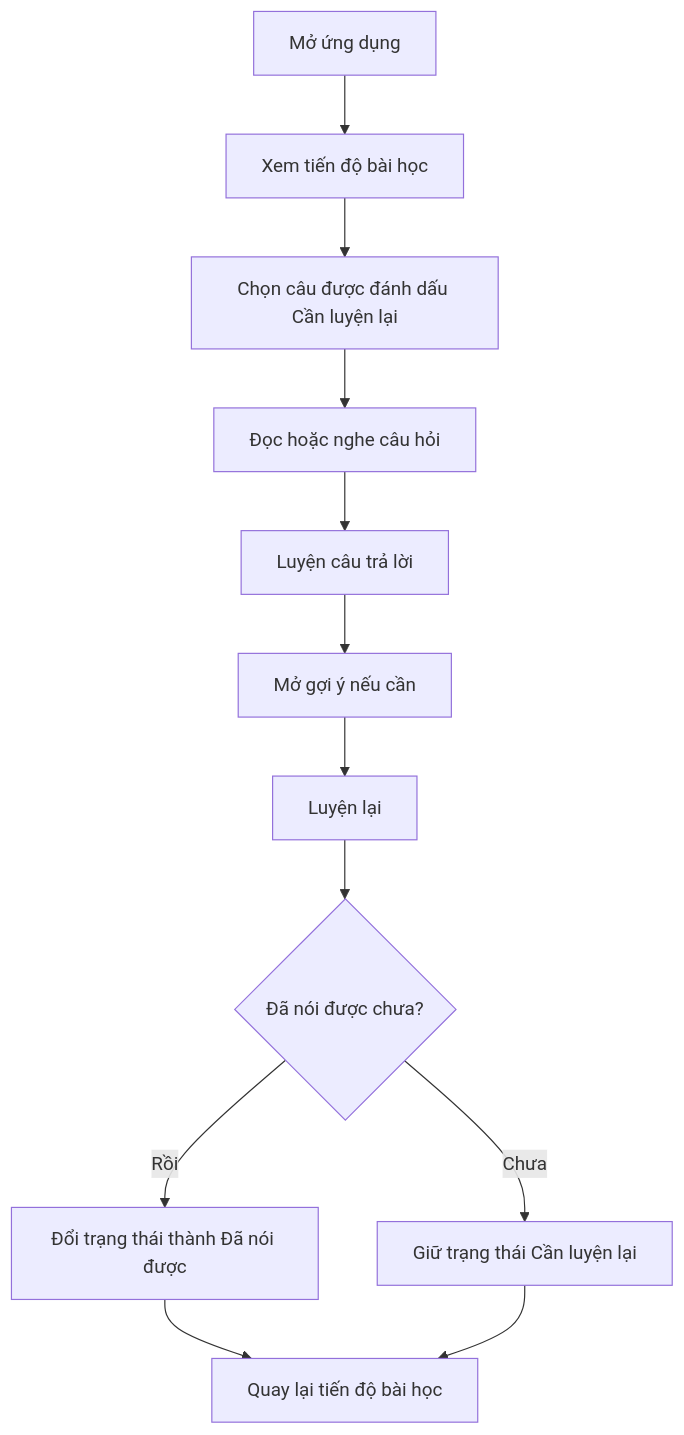
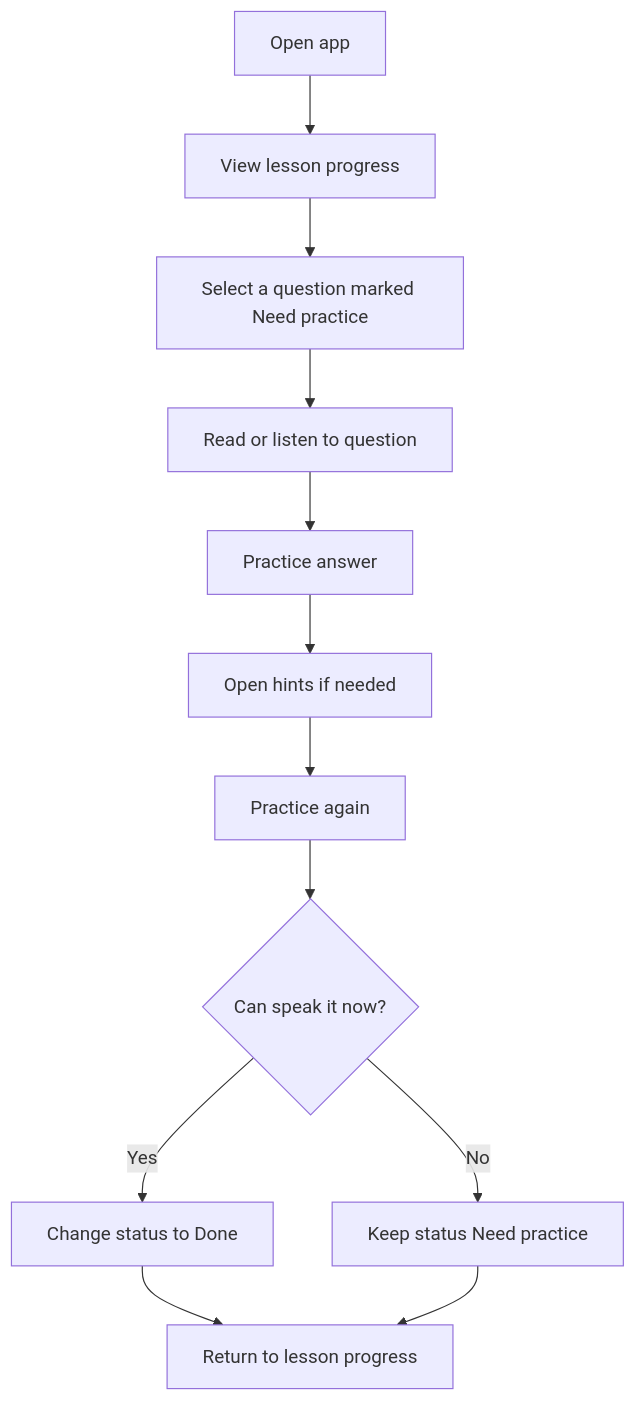
Before and after one commit to mobile-app-CO3043/interview-english: the second of 2 diagrams in docs/assignment1/assignment1-report.md, drawn with Mermaid. The commit also changed other lines of this file, not shown here.

Commit message:
docs: restore report and update project status

````diff
--- a/docs/assignment1/assignment1-report.md
+++ b/docs/assignment1/assignment1-report.md
@@ -301,14 +300,14 @@
 ```mermaid
 flowchart TD
-    A[Mở ứng dụng] --> B[Xem tiến độ bài học]
-    B --> C[Chọn câu được đánh dấu Cần luyện lại]
-    C --> D[Đọc hoặc nghe câu hỏi]
-    D --> E[Luyện câu trả lời]
-    E --> F[Mở gợi ý nếu cần]
-    F --> G[Luyện lại]
-    G --> H{Đã nói được chưa?}
-    H -->|Rồi| I[Đổi trạng thái thành Đã nói được]
-    H -->|Chưa| J[Giữ trạng thái Cần luyện lại]
-    I --> K[Quay lại tiến độ bài học]
+    A[Open app] --> B[View lesson progress]
+    B --> C[Select a question marked Need practice]
+    C --> D[Read or listen to question]
+    D --> E[Practice answer]
+    E --> F[Open hints if needed]
+    F --> G[Practice again]
+    G --> H{Can speak it now?}
+    H -->|Yes| I[Change status to Done]
+    H -->|No| J[Keep status Need practice]
+    I --> K[Return to lesson progress]
     J --> K
 ```
````
